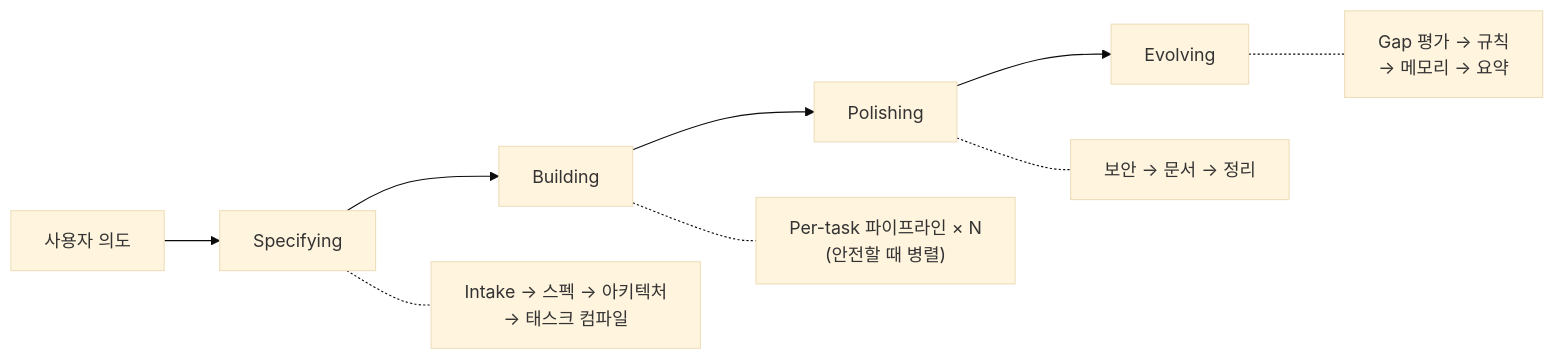
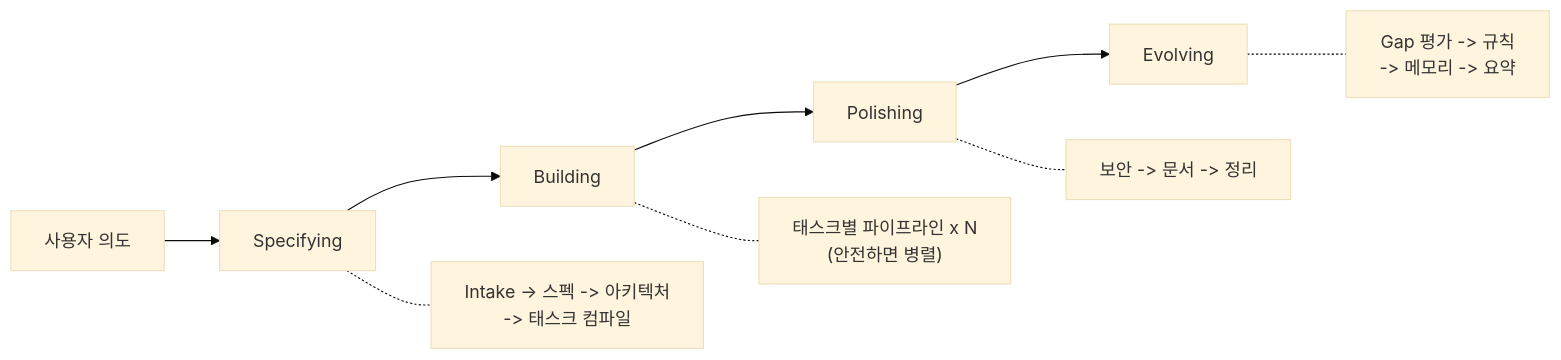
One commit to choam2426/geas changed the diagram in README.ko.md. Above: the diagram before and after it, drawn with Mermaid (base theme). The commit also changed other lines of this file and 1 other file, not shown here.

````diff
--- a/README.ko.md
+++ b/README.ko.md
@@ -71,12 +57,12 @@
 ```mermaid
 graph LR
     A[사용자 의도] --> B[Specifying]
     B --> C[Building]
     C --> D[Polishing]
     D --> E[Evolving]
 
-    B -.- B1["Intake → 스펙 → 아키텍처\n→ 태스크 컴파일"]
-    C -.- C1["Per-task 파이프라인 × N\n(안전할 때 병렬)"]
-    D -.- D1["보안 → 문서 → 정리"]
-    E -.- E1["Gap 평가 → 규칙\n→ 메모리 → 요약"]
+    B -.- B1["Intake -> 스펙 -> 아키텍처\n-> 태스크 컴파일"]
+    C -.- C1["태스크별 파이프라인 x N\n(안전하면 병렬)"]
+    D -.- D1["보안 -> 문서 -> 정리"]
+    E -.- E1["Gap 평가 -> 규칙\n-> 메모리 -> 요약"]
 ```
````
